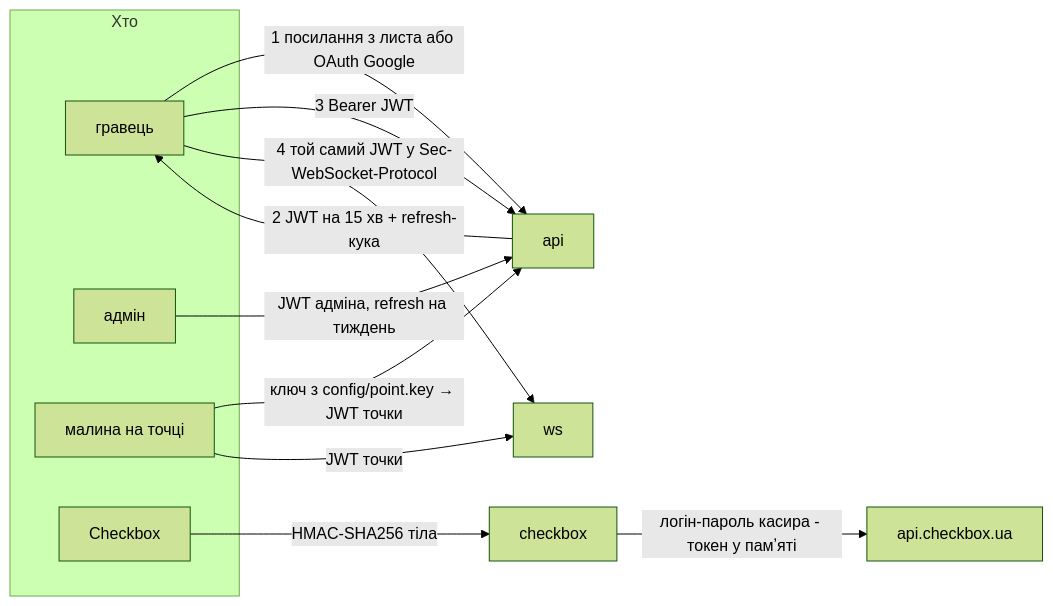
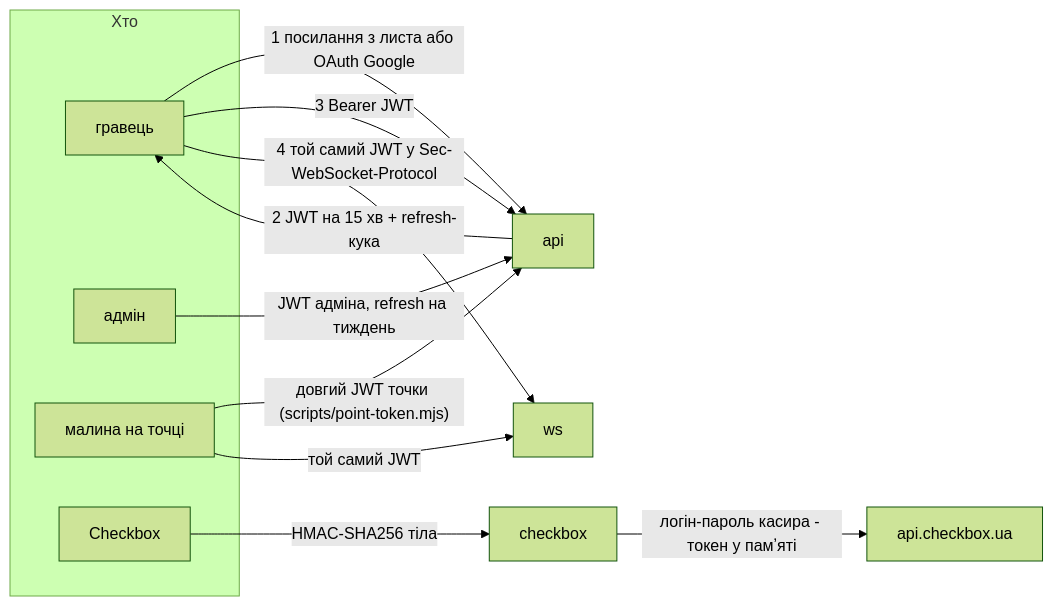
Before and after one commit to arsengoian/extrovert.cafe: the second of 2 diagrams in docs/services.md, drawn with Mermaid (forest theme). The commit also changed other lines of this file and 5 other files, not shown here.

First line of the commit message:
docs: reconcile the architecture docs with the code

````diff
--- a/docs/services.md
+++ b/docs/services.md
@@ -232,19 +238,19 @@
 ```mermaid
 graph LR
     subgraph who["Хто"]
         P["гравець"]
         A["адмін"]
         K["малина на точці"]
         CBX["Checkbox"]
     end
 
     P -->|"1 посилання з листа або OAuth Google"| API1["api"]
     API1 -->|"2 JWT на 15 хв + refresh-кука"| P
     P -->|"3 Bearer JWT"| API1
     P -->|"4 той самий JWT у Sec-WebSocket-Protocol"| WS1["ws"]
     A -->|"JWT адміна, refresh на тиждень"| API1
-    K -->|"ключ з config/point.key → JWT точки"| API1
-    K -->|"JWT точки"| WS1
+    K -->|"довгий JWT точки (scripts/point-token.mjs)"| API1
+    K -->|"той самий JWT"| WS1
     CBX -->|"HMAC-SHA256 тіла"| CB1["checkbox"]
     CB1 -->|"логін-пароль касира - токен у памʼяті"| CBAPI1["api.checkbox.ua"]
 ```
````
